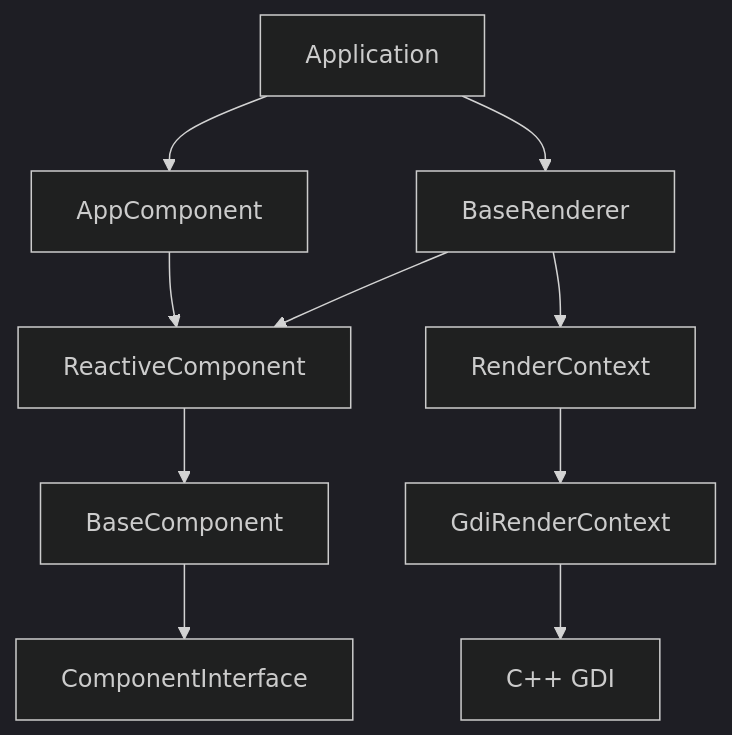
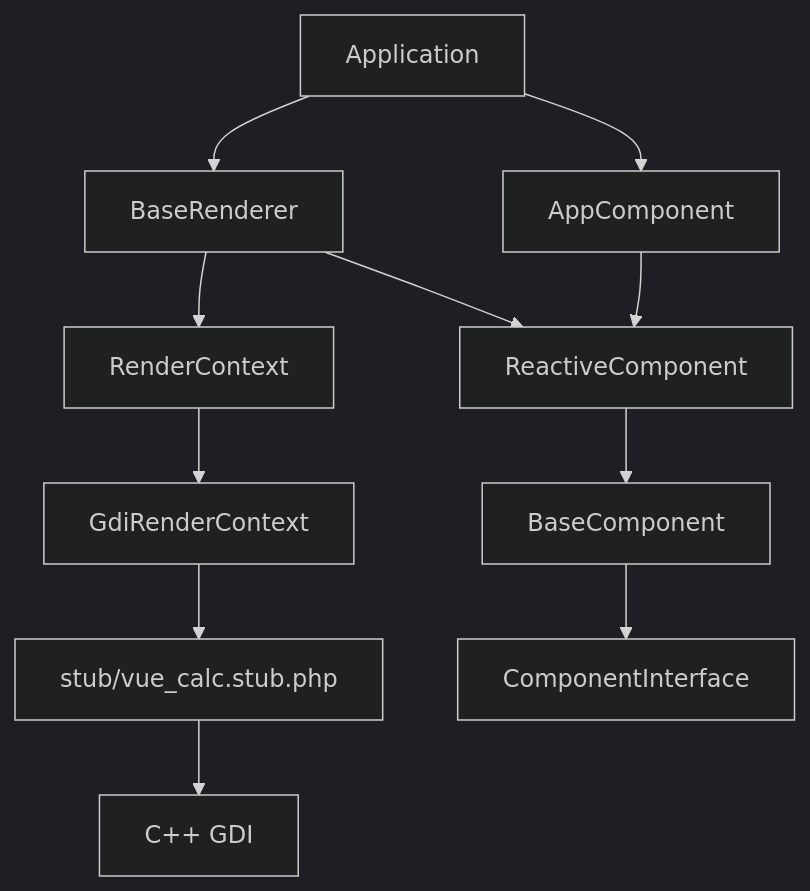
One commit to xingye00186/PUI changed the seventh of 7 diagrams in .qoder/repowiki/zh/content/渲染系统实现/渲染器架构设计.md. Above: the diagram before and after it, drawn with Mermaid (dark theme). The commit also changed other lines of this file and 10 other files, not shown here.

````diff
--- a/.qoder/repowiki/zh/content/渲染系统实现/渲染器架构设计.md
+++ b/.qoder/repowiki/zh/content/渲染系统实现/渲染器架构设计.md
@@ -376,12 +383,13 @@
 ```mermaid
 graph TB
 Renderer["BaseRenderer"] --> Comp["ReactiveComponent"]
 Renderer --> Ctx["RenderContext"]
 Ctx --> Gdi["GdiRenderContext"]
-Gdi --> Cpp["C++ GDI"]
+Gdi --> Stub["stub/vue_calc.stub.php"]
+Stub --> Cpp["C++ GDI"]
 App["Application"] --> Renderer
 App --> GenApp["AppComponent"]
 GenApp --> Comp
 Comp --> BaseComp["BaseComponent"]
 BaseComp --> Iface["ComponentInterface"]
 ```
````
